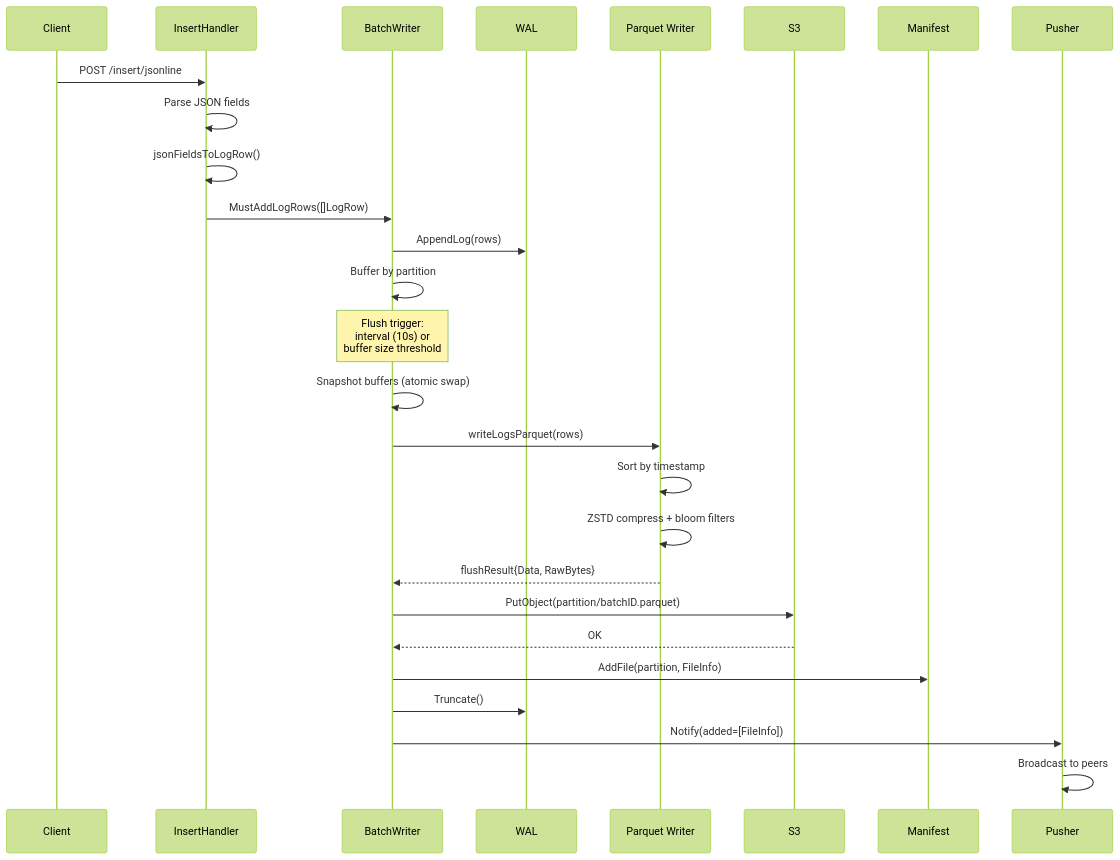
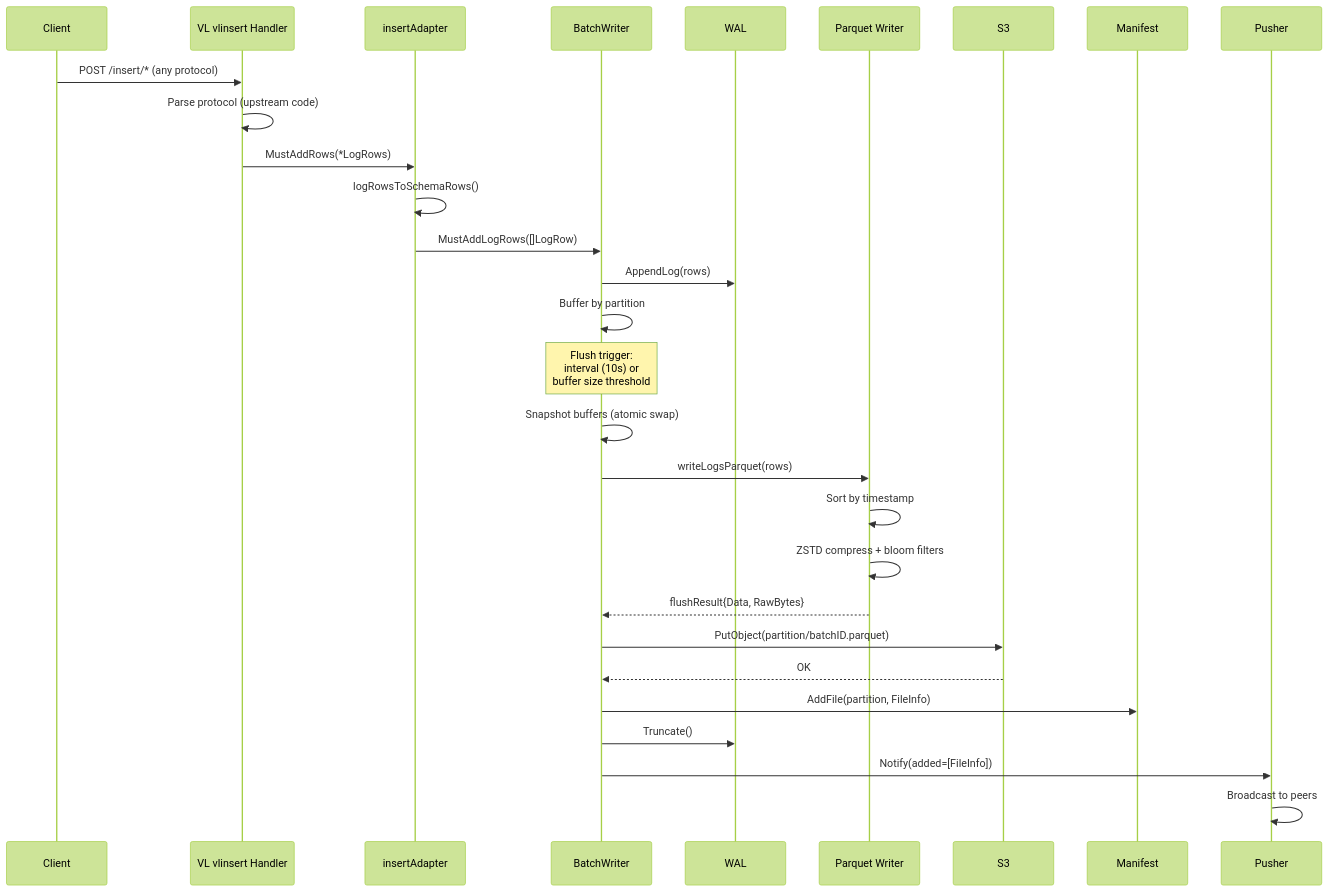
One commit to ReliablyObserve/victoria-lakehouse changed the second of 17 diagrams in docs/storage-flow.md. Above: the diagram before and after it, drawn with Mermaid (forest theme). The commit also changed other lines of this file and 86 other files, not shown here.

````diff
--- a/docs/storage-flow.md
+++ b/docs/storage-flow.md
@@ -45,33 +47,35 @@
 ```mermaid
 sequenceDiagram
     participant C as Client
-    participant H as InsertHandler
+    participant VLH as VL vlinsert Handler
+    participant A as insertAdapter
     participant BW as BatchWriter
     participant W as WAL
     participant PW as Parquet Writer
     participant S3 as S3
     participant M as Manifest
     participant P as Pusher
 
-    C->>H: POST /insert/jsonline
-    H->>H: Parse JSON fields
-    H->>H: jsonFieldsToLogRow()
-    H->>BW: MustAddLogRows([]LogRow)
+    C->>VLH: POST /insert/* (any protocol)
+    VLH->>VLH: Parse protocol (upstream code)
+    VLH->>A: MustAddRows(*LogRows)
+    A->>A: logRowsToSchemaRows()
+    A->>BW: MustAddLogRows([]LogRow)
     BW->>W: AppendLog(rows)
     BW->>BW: Buffer by partition
     
     Note over BW: Flush trigger:<br/>interval (10s) or<br/>buffer size threshold
 
     BW->>BW: Snapshot buffers (atomic swap)
     BW->>PW: writeLogsParquet(rows)
     PW->>PW: Sort by timestamp
     PW->>PW: ZSTD compress + bloom filters
     PW-->>BW: flushResult{Data, RawBytes}
     
     BW->>S3: PutObject(partition/batchID.parquet)
     S3-->>BW: OK
     BW->>M: AddFile(partition, FileInfo)
     BW->>W: Truncate()
     BW->>P: Notify(added=[FileInfo])
     P->>P: Broadcast to peers
 ```
````
